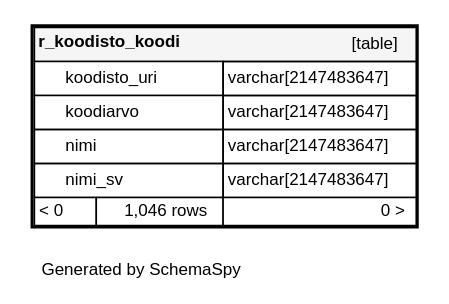
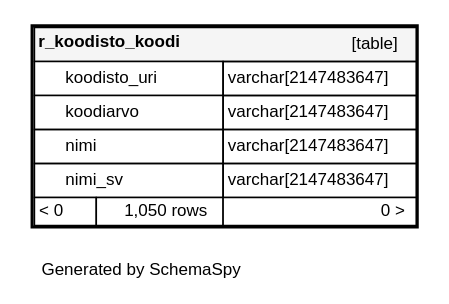
The diagram in documentation/tietokantaskeemat/koski-raportointikanta/diagrams/tables/r_koodisto_koodi.1degree.dot (Opetushallitus/koski), drawn with Graphviz before and after one commit. The commit also changed 137 other files, not shown here.

```diff
--- a/documentation/tietokantaskeemat/koski-raportointikanta/diagrams/tables/r_koodisto_koodi.1degree.dot
+++ b/documentation/tietokantaskeemat/koski-raportointikanta/diagrams/tables/r_koodisto_koodi.1degree.dot
@@ -1,17 +1,17 @@
 digraph "oneDegreeRelationshipsDiagram" {
   graph [    rankdir="RL"    bgcolor="#ffffff"    label="\nGenerated by SchemaSpy"    labeljust="l"    nodesep="0.18"    ranksep="0.46"    fontname="Helvetica"    fontsize="11"    ration="compress"  ];  node [    fontname="Helvetica"    fontsize="11"    shape="plaintext"  ];  edge [    arrowsize="0.8"  ];
   "r_koodisto_koodi" [
    label=<
     <TABLE BORDER="2" CELLBORDER="1" CELLSPACING="0" BGCOLOR="#ffffff">
       <TR><TD COLSPAN="4"  BGCOLOR="#f5f5f5"><TABLE BORDER="0" CELLSPACING="0"><TR><TD ALIGN="LEFT" FIXEDSIZE="TRUE" WIDTH="101" HEIGHT="16"><B>r_koodisto_koodi</B></TD><TD ALIGN="RIGHT">[table]</TD></TR></TABLE></TD></TR>
       <TR><TD PORT="koodisto_uri" COLSPAN="2" BGCOLOR="#ffffff" ALIGN="LEFT"><TABLE BORDER="0" CELLSPACING="0" ALIGN="LEFT"><TR ALIGN="LEFT"><TD ALIGN="LEFT" FIXEDSIZE="TRUE" WIDTH="15" HEIGHT="16"></TD><TD ALIGN="LEFT" FIXEDSIZE="TRUE" WIDTH="101" HEIGHT="16">koodisto_uri</TD></TR></TABLE></TD><TD PORT="koodisto_uri.type" ALIGN="LEFT">varchar[2147483647]</TD></TR>
       <TR><TD PORT="koodiarvo" COLSPAN="2" BGCOLOR="#ffffff" ALIGN="LEFT"><TABLE BORDER="0" CELLSPACING="0" ALIGN="LEFT"><TR ALIGN="LEFT"><TD ALIGN="LEFT" FIXEDSIZE="TRUE" WIDTH="15" HEIGHT="16"></TD><TD ALIGN="LEFT" FIXEDSIZE="TRUE" WIDTH="101" HEIGHT="16">koodiarvo</TD></TR></TABLE></TD><TD PORT="koodiarvo.type" ALIGN="LEFT">varchar[2147483647]</TD></TR>
       <TR><TD PORT="nimi" COLSPAN="2" ALIGN="LEFT"><TABLE BORDER="0" CELLSPACING="0" ALIGN="LEFT"><TR ALIGN="LEFT"><TD ALIGN="LEFT" FIXEDSIZE="TRUE" WIDTH="15" HEIGHT="16"></TD><TD ALIGN="LEFT" FIXEDSIZE="TRUE" WIDTH="101" HEIGHT="16">nimi</TD></TR></TABLE></TD><TD PORT="nimi.type" ALIGN="LEFT">varchar[2147483647]</TD></TR>
       <TR><TD PORT="nimi_sv" COLSPAN="2" ALIGN="LEFT"><TABLE BORDER="0" CELLSPACING="0" ALIGN="LEFT"><TR ALIGN="LEFT"><TD ALIGN="LEFT" FIXEDSIZE="TRUE" WIDTH="15" HEIGHT="16"></TD><TD ALIGN="LEFT" FIXEDSIZE="TRUE" WIDTH="101" HEIGHT="16">nimi_sv</TD></TR></TABLE></TD><TD PORT="nimi_sv.type" ALIGN="LEFT">varchar[2147483647]</TD></TR>
-      <TR><TD ALIGN="LEFT" BGCOLOR="#ffffff">&lt; 0</TD><TD ALIGN="RIGHT" BGCOLOR="#ffffff">1,046 rows</TD><TD ALIGN="RIGHT" BGCOLOR="#ffffff">0 &gt;</TD></TR>
+      <TR><TD ALIGN="LEFT" BGCOLOR="#ffffff">&lt; 0</TD><TD ALIGN="RIGHT" BGCOLOR="#ffffff">1,050 rows</TD><TD ALIGN="RIGHT" BGCOLOR="#ffffff">0 &gt;</TD></TR>
     </TABLE>>
     URL="../../tables/r_koodisto_koodi.html"
     target="_top"
     tooltip="r_koodisto_koodi"
   ];
 }
```
